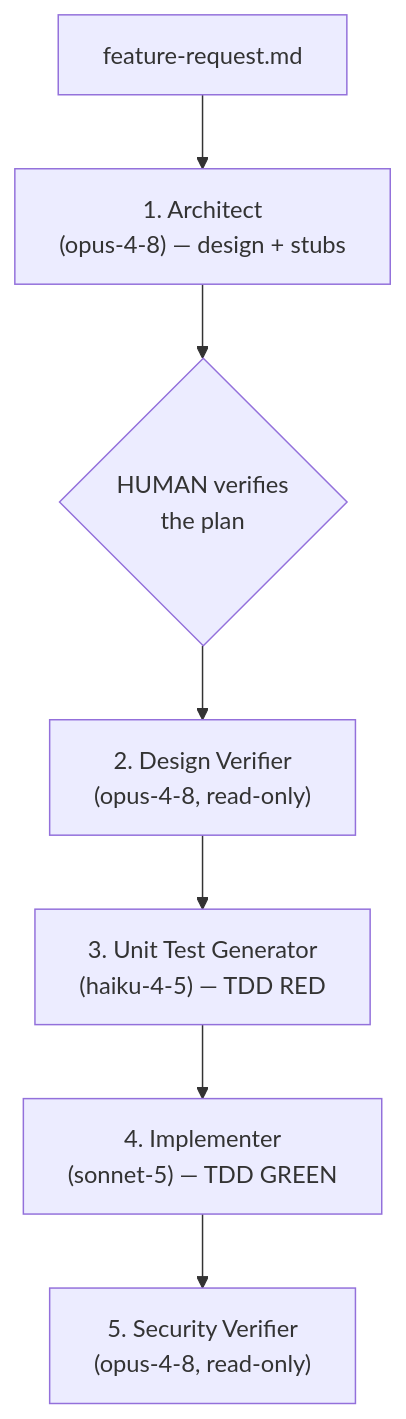
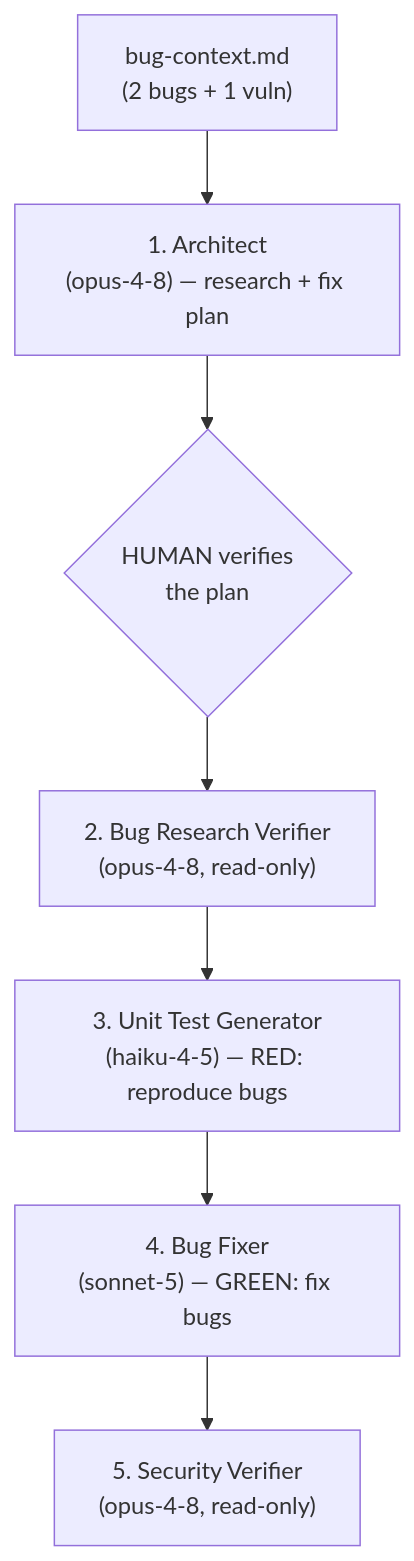
The diagram in homework-4/README.md (mgplaya/gen-ai-software-engineering), drawn with Mermaid before and after one commit. The commit also changed other lines of this file and 36 other files, not shown here.

````diff
--- a/homework-4/README.md
+++ b/homework-4/README.md
@@ -18,9 +19,9 @@
 ```mermaid
 flowchart TD
-  FR["feature-request.md"] --> A["1. Architect<br/>(opus-4-8) — design + stubs"]
+  FR["bug-context.md<br/>(2 bugs + 1 vuln)"] --> A["1. Architect<br/>(opus-4-8) — research + fix plan"]
   A --> G{"HUMAN verifies<br/>the plan"}
-  G --> V["2. Design Verifier<br/>(opus-4-8, read-only)"]
-  V --> T["3. Unit Test Generator<br/>(haiku-4-5) — TDD RED"]
-  T --> I["4. Implementer<br/>(sonnet-5) — TDD GREEN"]
+  G --> V["2. Bug Research Verifier<br/>(opus-4-8, read-only)"]
+  V --> T["3. Unit Test Generator<br/>(haiku-4-5) — RED: reproduce bugs"]
+  T --> I["4. Bug Fixer<br/>(sonnet-5) — GREEN: fix bugs"]
   I --> S["5. Security Verifier<br/>(opus-4-8, read-only)"]
 ```
````
